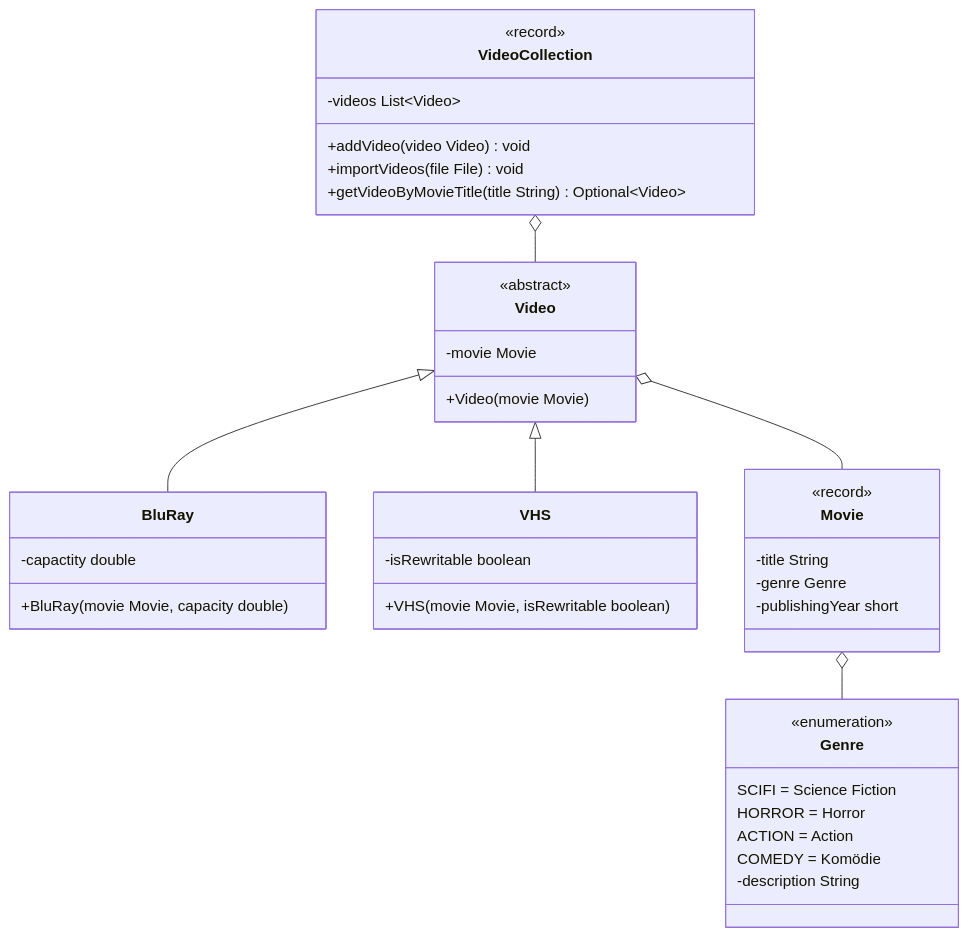
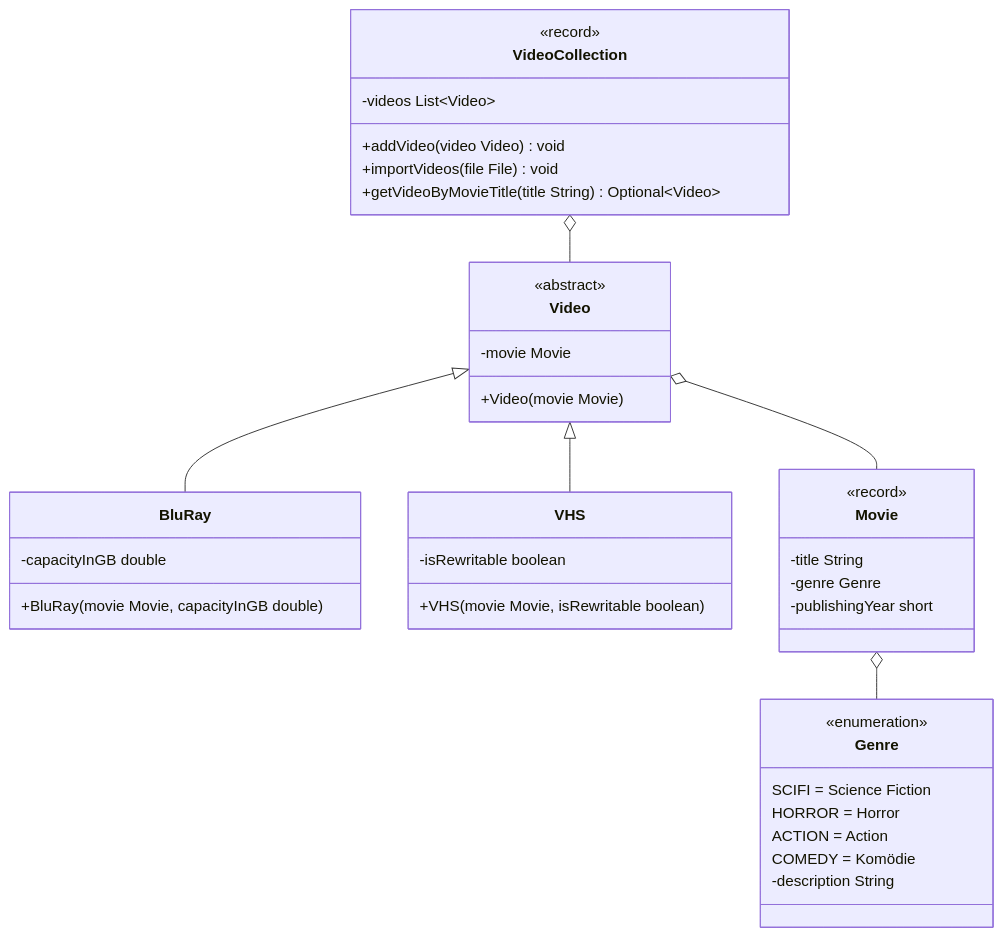
The diagram in docs/exam-exercises/exam-exercises-java2/video-collection.md (jappuccini/java-docs), drawn with Mermaid before and after one commit. The commit also changed other lines of this file and 25 other files, not shown here.

````diff
--- a/docs/exam-exercises/exam-exercises-java2/video-collection.md
+++ b/docs/exam-exercises/exam-exercises-java2/video-collection.md
@@ -11,48 +11,48 @@
 ```mermaid
 classDiagram
     VideoCollection o-- Video
     Video <|-- BluRay
     Video <|-- VHS
     Video o-- Movie
     Movie o-- Genre
 
     class VideoCollection {
         <<record>>
         -videos List~Video~
         +addVideo(video Video) void
         +importVideos(file File) void
         +getVideoByMovieTitle(title String) Optional~Video~
     }
 
     class Video {
         <<abstract>>
         -movie Movie
         +Video(movie Movie)
     }
 
     class VHS {
         -isRewritable boolean
         +VHS(movie Movie, isRewritable boolean)
     }
 
     class BluRay {
-        -capactity double
-        +BluRay(movie Movie, capacity double)
+        -capacityInGB double
+        +BluRay(movie Movie, capacityInGB double)
     }
 
     class Movie {
         <<record>>
         -title String
         -genre Genre
         -publishingYear short
     }
 
     class Genre {
         <<enumeration>>
         SCIFI = Science Fiction
         HORROR = Horror
         ACTION = Action
         COMEDY = Komödie
         -description String
     }
 ```
````
